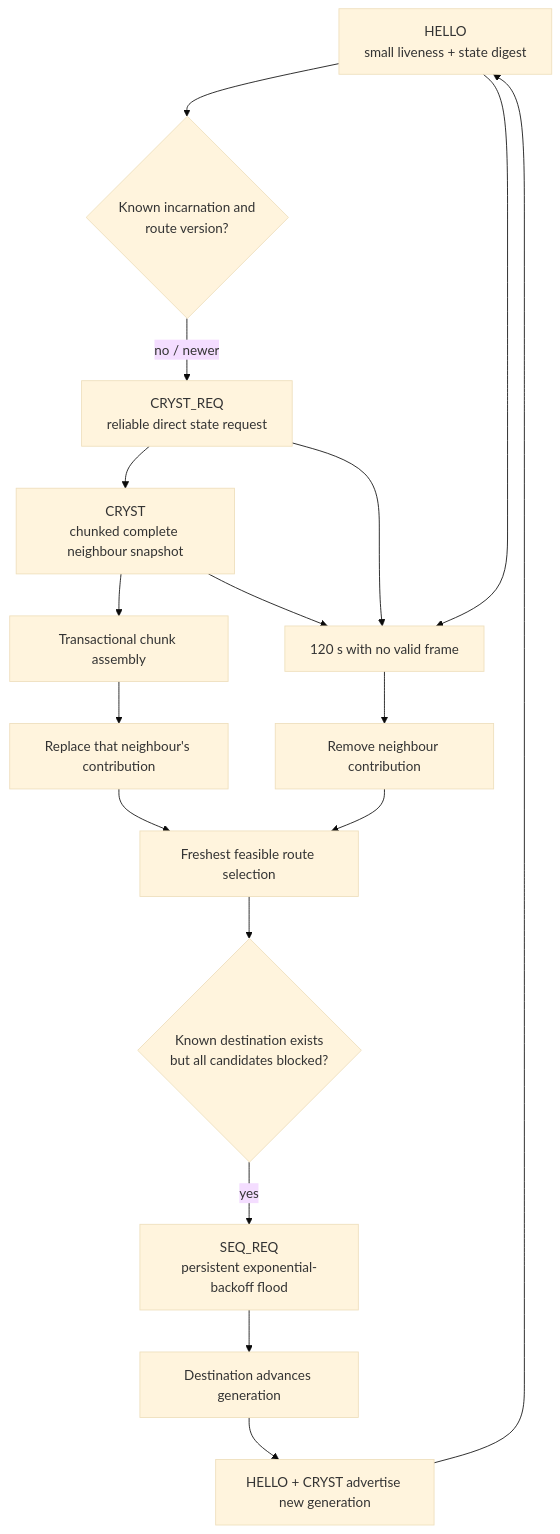
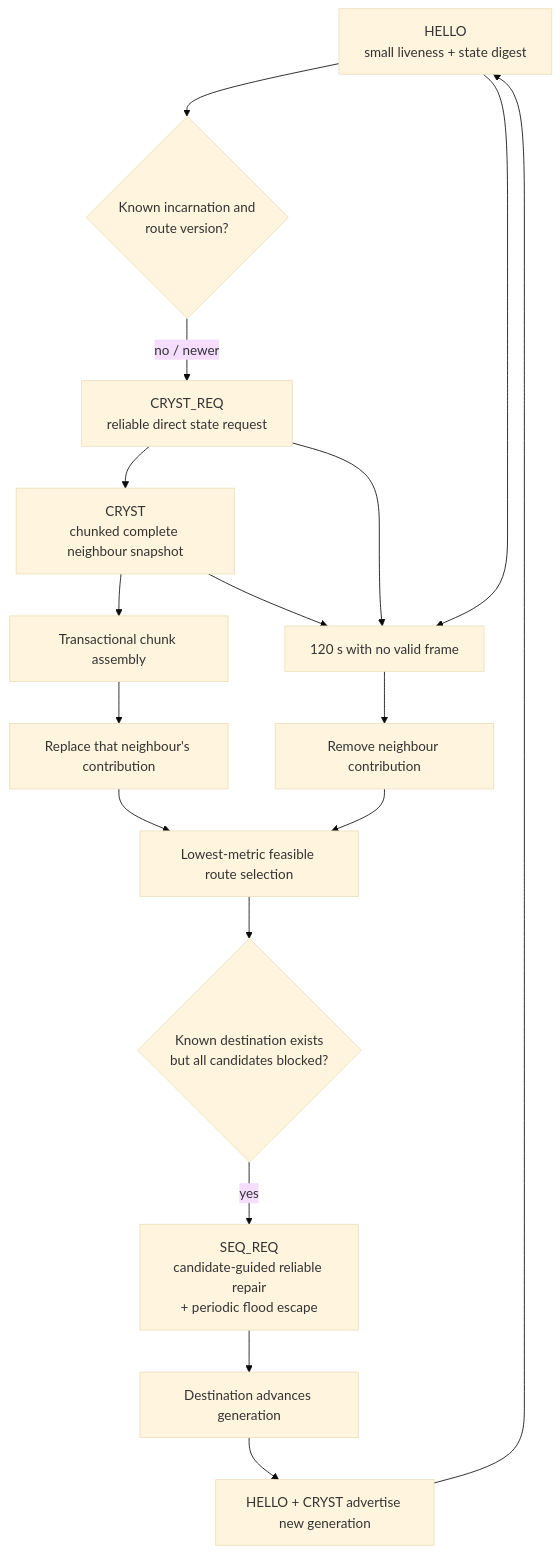
Before and after one commit to mistrjirka/DTProtocol: the fourth of 5 diagrams in simulator/PROTOCOL_ARCHITECTURE.md, drawn with Mermaid (base theme). The commit also changed other lines of this file and 62 other files, not shown here.

````diff
--- a/simulator/PROTOCOL_ARCHITECTURE.md
+++ b/simulator/PROTOCOL_ARCHITECTURE.md
@@ -142,34 +151,34 @@
 ```mermaid
 flowchart TD
     H[HELLO\nsmall liveness + state digest]
     CMP{Known incarnation and\nroute version?}
     Q[CRYST_REQ\nreliable direct state request]
     C[CRYST\nchunked complete neighbour snapshot]
     ASM[Transactional chunk assembly]
     DB[Replace that neighbour's contribution]
-    SEL[Freshest feasible route selection]
+    SEL[Lowest-metric feasible route selection]
     BLOCK{Known destination exists\nbut all candidates blocked?}
-    SEQ[SEQ_REQ\npersistent exponential-backoff flood]
+    SEQ[SEQ_REQ\ncandidate-guided reliable repair\n+ periodic flood escape]
     ORIGIN[Destination advances generation]
     ADV[HELLO + CRYST advertise new generation]
     HARD[120 s with no valid frame]
     DROP[Remove neighbour contribution]
 
     H --> CMP
     CMP -- no / newer --> Q
     Q --> C
     C --> ASM
     ASM --> DB
     DB --> SEL
     SEL --> BLOCK
     BLOCK -- yes --> SEQ
     SEQ --> ORIGIN
     ORIGIN --> ADV
     ADV --> H
 
     H --> HARD
     C --> HARD
     Q --> HARD
     HARD --> DROP
     DROP --> SEL
 ```
````
